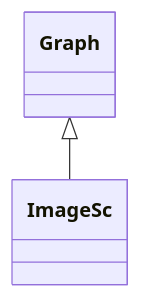
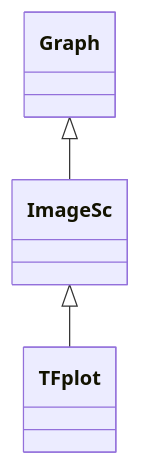
One commit to mne-tools/mne-cpp changed the diagram in doc/website/docs/api/disp/image-sc.mdx. Above: the diagram before and after it, drawn with Mermaid. The commit also changed other lines of this file and 25 other files, not shown here.

````diff
--- a/doc/website/docs/api/disp/image-sc.mdx
+++ b/doc/website/docs/api/disp/image-sc.mdx
@@ -39,5 +39,7 @@
 ```mermaid
 classDiagram
     Graph <|-- ImageSc
     click Graph href "../../disp/graph/"
+    ImageSc <|-- TFplot
+    click TFplot href "../../disp/t-fplot/"
 ```
````
